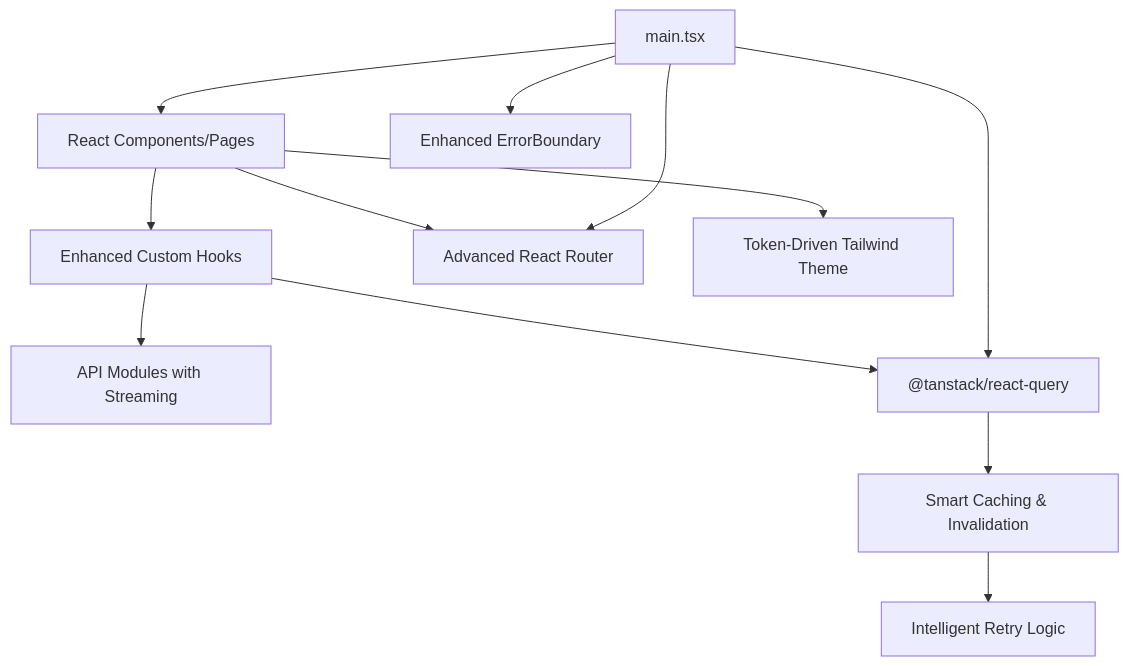
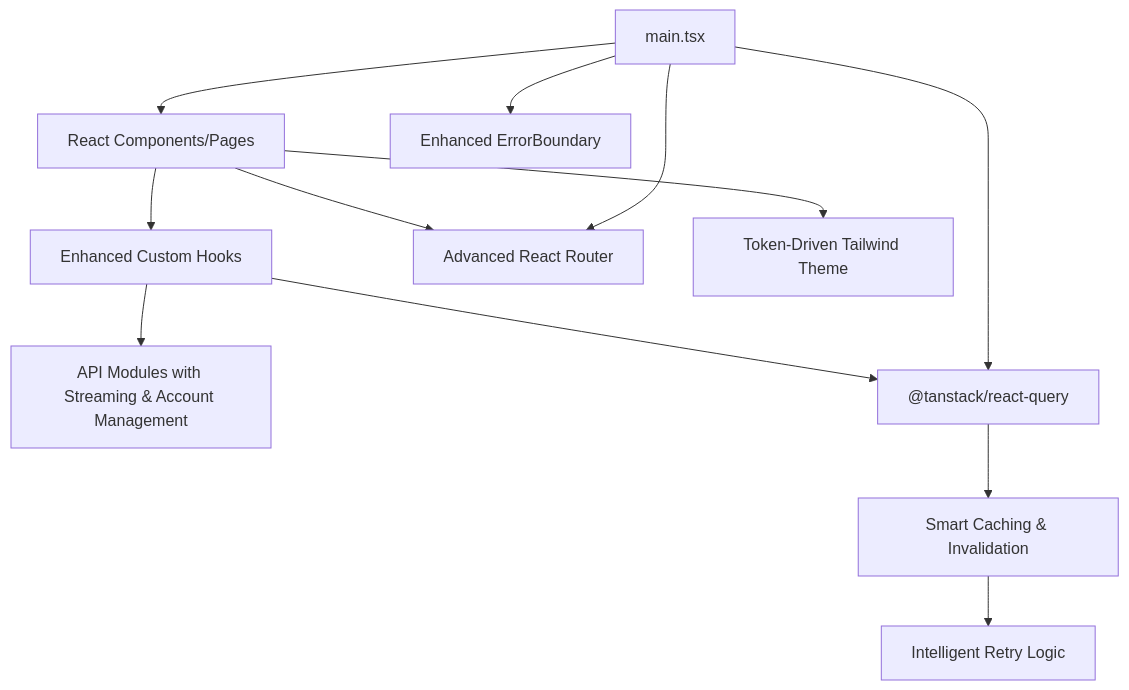
Before and after one commit to genes8/private-ai: the second of 7 diagrams in .qoder/repowiki/en/content/Frontend Application/Frontend Application.md, drawn with Mermaid. The commit also changed other lines of this file and 55 other files, not shown here.

````diff
--- a/.qoder/repowiki/en/content/Frontend Application/Frontend Application.md
+++ b/.qoder/repowiki/en/content/Frontend Application/Frontend Application.md
@@ -170,14 +190,14 @@
 ```mermaid
 graph TB
 UI["React Components/Pages"] --> HOOKS["Enhanced Custom Hooks"]
-HOOKS --> API["API Modules with Streaming"]
+HOOKS --> API["API Modules with Streaming & Account Management"]
 HOOKS --> QUERY["@tanstack/react-query"]
 UI --> ROUTER["Advanced React Router"]
 UI --> THEME["Token-Driven Tailwind Theme"]
 MAIN["main.tsx"] --> UI
 MAIN --> ROUTER
 MAIN --> QUERY
 MAIN --> ERR["Enhanced ErrorBoundary"]
 QUERY --> CACHE["Smart Caching & Invalidation"]
 CACHE --> RETRY["Intelligent Retry Logic"]
 ```
````
